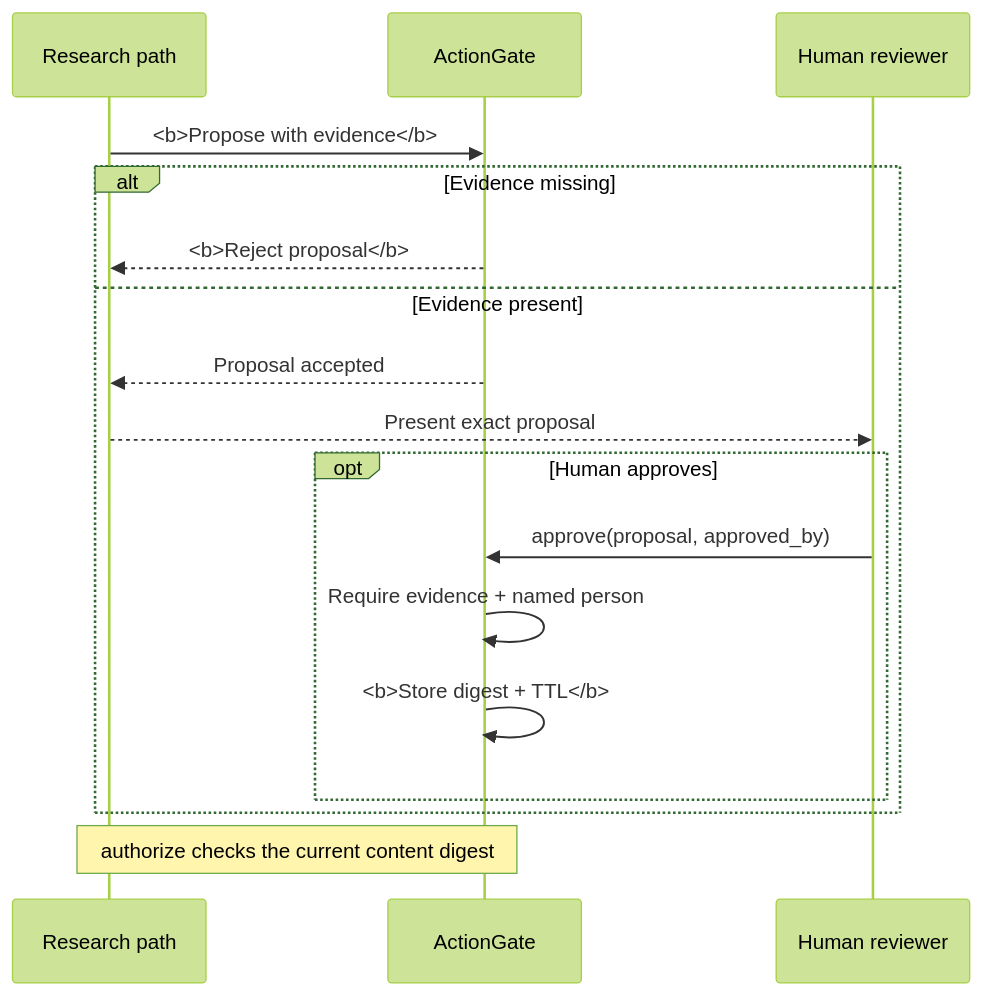
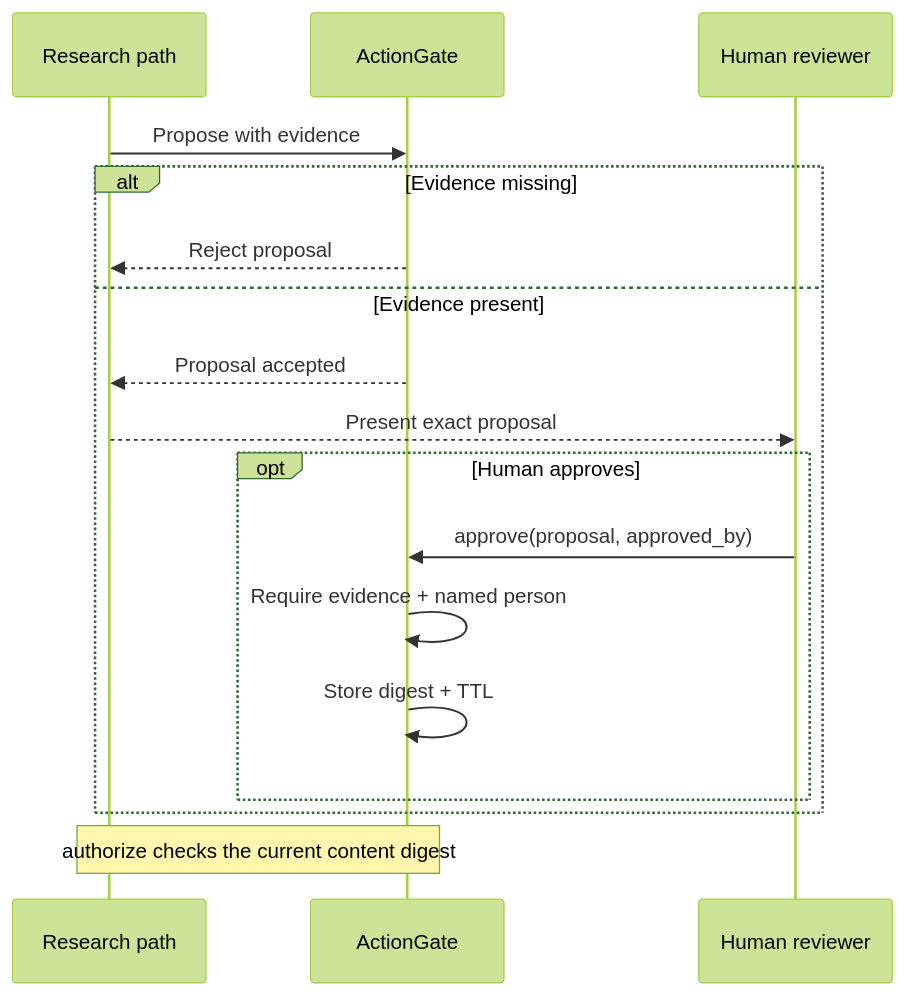
One commit to Niyam-Paneru/human-gated-research changed the first of 2 diagrams in README.md. Above: the diagram before and after it, drawn with Mermaid (forest theme).

Commit message:
docs: remove literal HTML from sequence labels

````diff
--- a/README.md
+++ b/README.md
@@ -11,19 +11,19 @@
 ```mermaid
 sequenceDiagram
     participant R as Research path
     participant G as ActionGate
     participant H as Human reviewer
-    R->>G: <b>Propose with evidence</b>
+    R->>G: Propose with evidence
     alt Evidence missing
-        G-->>R: <b>Reject proposal</b>
+        G-->>R: Reject proposal
     else Evidence present
         G-->>R: Proposal accepted
         R-->>H: Present exact proposal
         opt Human approves
             H->>G: approve(proposal, approved_by)
             G->>G: Require evidence + named person
-            G->>G: <b>Store digest + TTL</b>
+            G->>G: Store digest + TTL
         end
     end
     Note over R,G: authorize checks the current content digest
 ```
````
